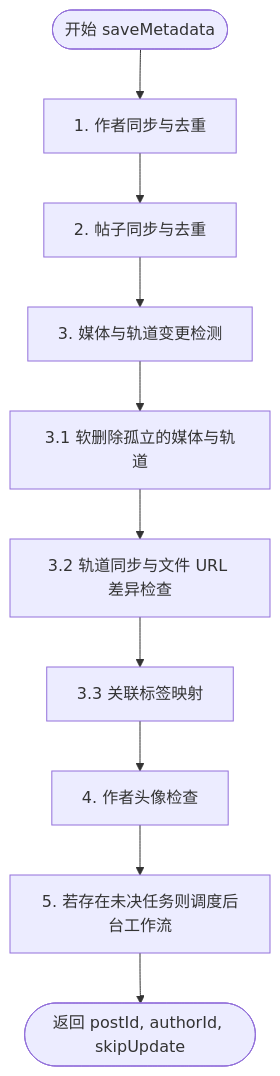
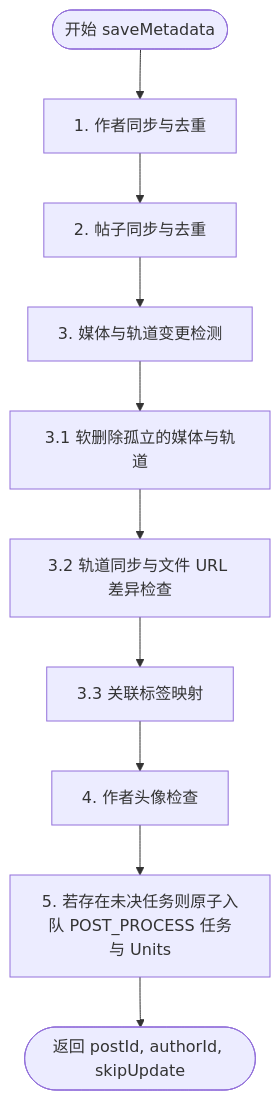
One commit to stariverr/stationary changed the diagram in docs/save_metadata_flow.zh-Hans.md. Above: the diagram before and after it, drawn with Mermaid. The commit also changed other lines of this file and 9 other files, not shown here.

Commit message:
docs(jobs): add architecture and extension documentation for task execution engine

````diff
--- a/docs/save_metadata_flow.zh-Hans.md
+++ b/docs/save_metadata_flow.zh-Hans.md
@@ -19,12 +19,12 @@
 ```mermaid
 graph TD
     Start([开始 saveMetadata]) --> Step1[1. 作者同步与去重]
     Step1 --> Step2[2. 帖子同步与去重]
     Step2 --> Step3[3. 媒体与轨道变更检测]
     Step3 --> Step3_1[3.1 软删除孤立的媒体与轨道]
     Step3_1 --> Step3_2[3.2 轨道同步与文件 URL 差异检查]
     Step3_2 --> Step3_3[3.3 关联标签映射]
     Step3_3 --> Step4[4. 作者头像检查]
-    Step4 --> Step5[5. 若存在未决任务则调度后台工作流]
+    Step4 --> Step5[5. 若存在未决任务则原子入队 POST_PROCESS 任务与 Units]
     Step5 --> End([返回 postId, authorId, skipUpdate])
 ```
````
